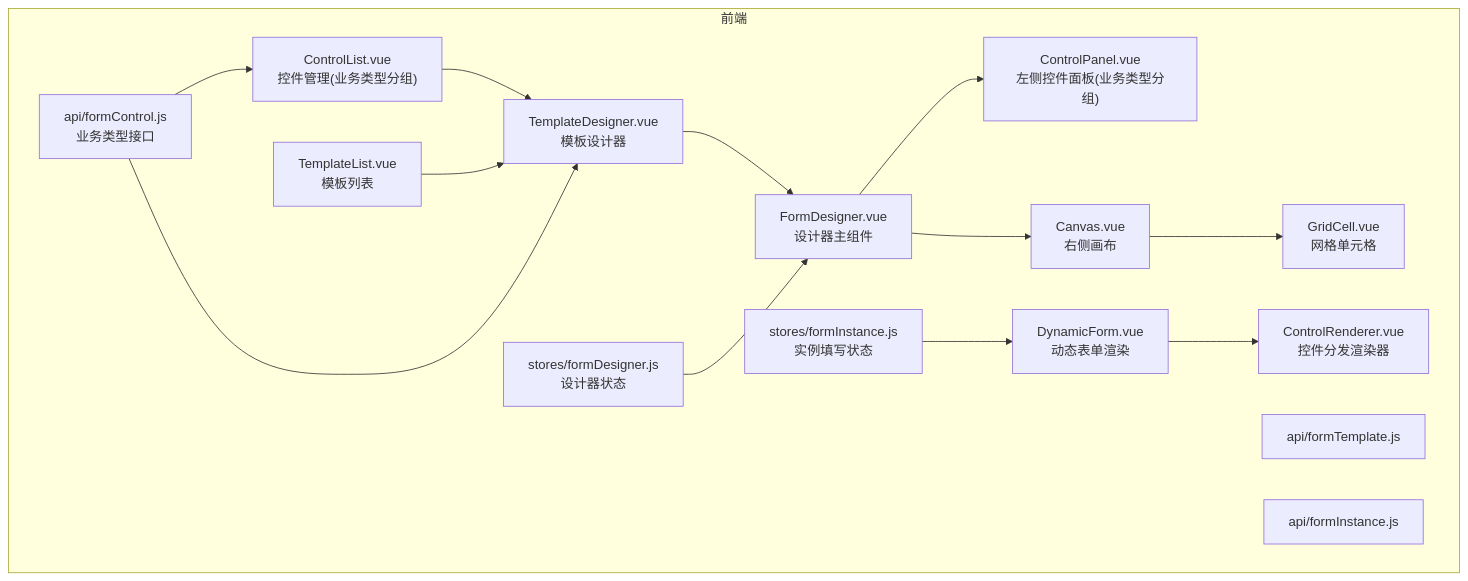
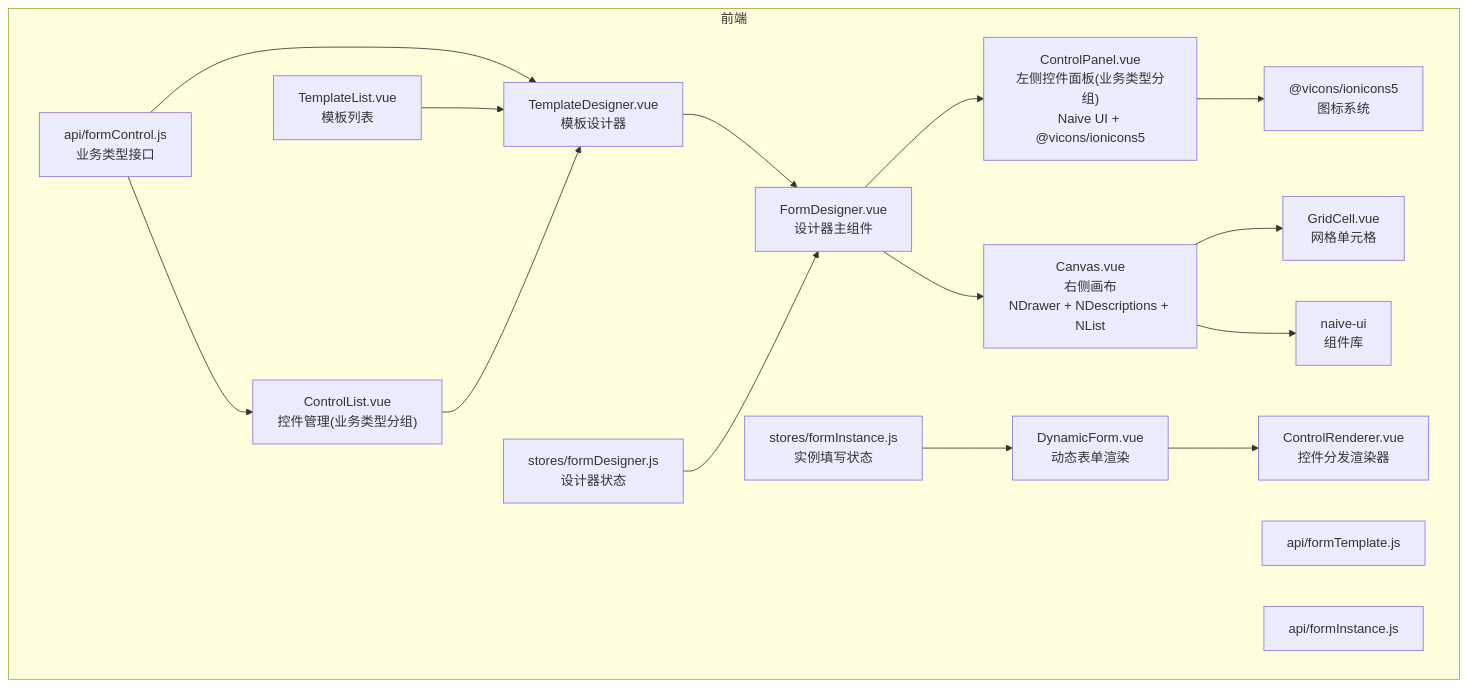
Before and after one commit to NJMrLi/genetics: the first of 11 diagrams in .qoder/repowiki/zh/content/前端架构设计/拖拽式表单设计器.md, drawn with Mermaid. The commit also changed other lines of this file and 32 other files, not shown here.

````diff
--- a/.qoder/repowiki/zh/content/前端架构设计/拖拽式表单设计器.md
+++ b/.qoder/repowiki/zh/content/前端架构设计/拖拽式表单设计器.md
@@ -61,30 +65,34 @@
 ```mermaid
 graph TB
 subgraph "前端"
 A["ControlList.vue<br/>控件管理(业务类型分组)"]
 B["TemplateList.vue<br/>模板列表"]
 C["TemplateDesigner.vue<br/>模板设计器"]
 D["DynamicForm.vue<br/>动态表单渲染"]
 E["ControlRenderer.vue<br/>控件分发渲染器"]
 F["FormDesigner.vue<br/>设计器主组件"]
-G["ControlPanel.vue<br/>左侧控件面板(业务类型分组)"]
-H["Canvas.vue<br/>右侧画布"]
+G["ControlPanel.vue<br/>左侧控件面板(业务类型分组)<br/>Naive UI + @vicons/ionicons5"]
+H["Canvas.vue<br/>右侧画布<br/>NDrawer + NDescriptions + NList"]
 I["GridCell.vue<br/>网格单元格"]
 J["stores/formDesigner.js<br/>设计器状态"]
 K["stores/formInstance.js<br/>实例填写状态"]
 L["api/formControl.js<br/>业务类型接口"]
 M["api/formTemplate.js"]
 N["api/formInstance.js"]
+O["@vicons/ionicons5<br/>图标系统"]
+P["naive-ui<br/>组件库"]
 end
 A --> C
 B --> C
 C --> F
 F --> G
 F --> H
 H --> I
 D --> E
 J --> F
 K --> D
 L --> C
 L --> A
+G --> O
+H --> P
 ```
````
